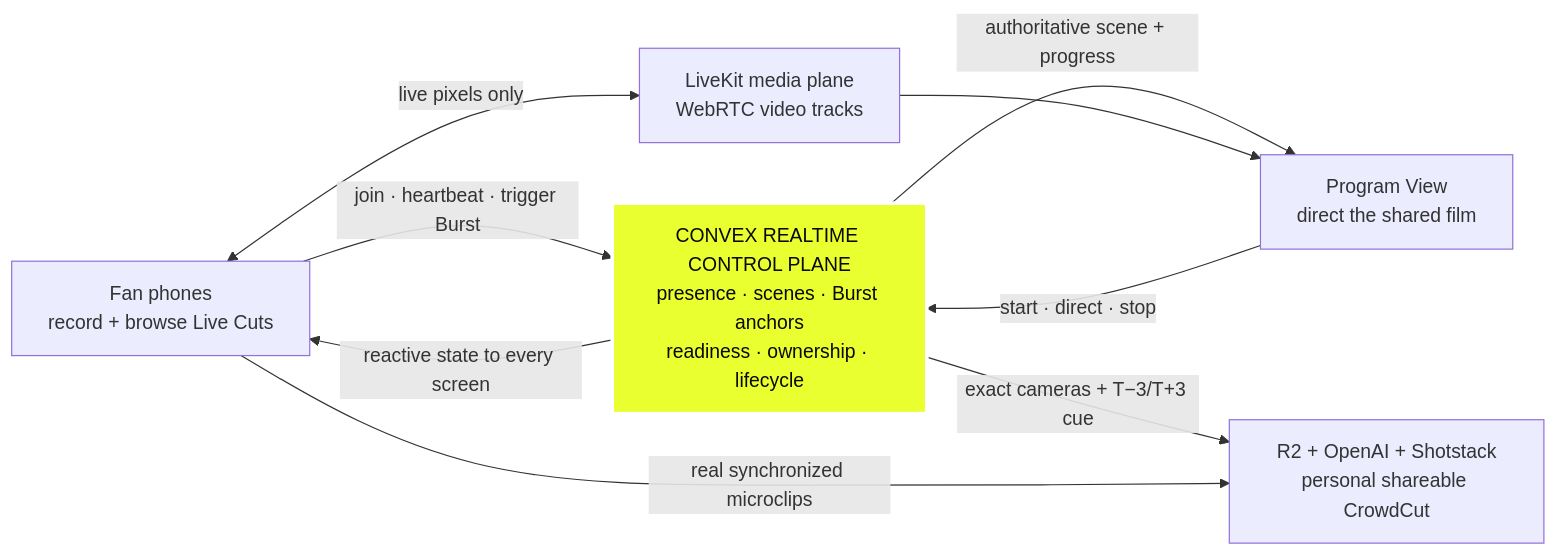
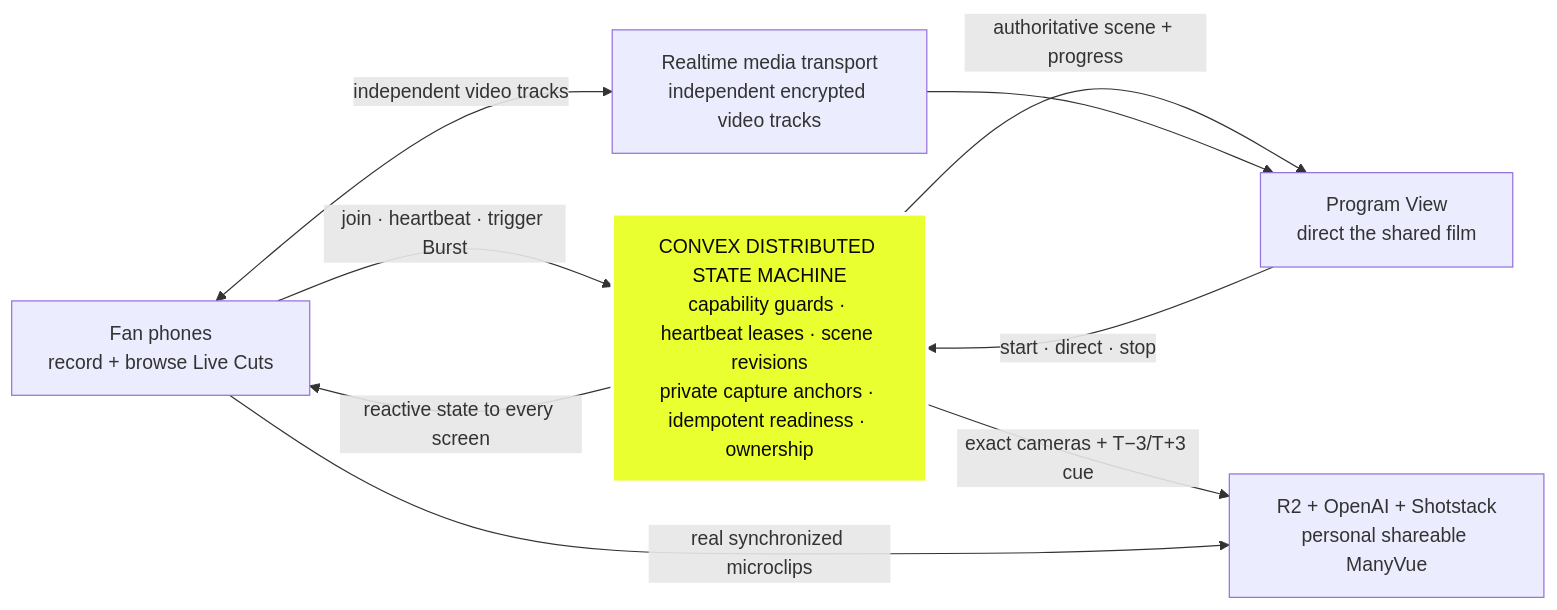
One commit to ElijahUmana/ManyVue changed the first of 3 diagrams in README.md. Above: the diagram before and after it, drawn with Mermaid. The commit also changed other lines of this file and 28 other files, not shown here.

Commit message:
Rebrand CrowdCut as ManyVue

````diff
--- a/README.md
+++ b/README.md
@@ -97,19 +97,19 @@
 ```mermaid
 flowchart LR
   Phones["Fan phones<br/>record + browse Live Cuts"]
   Program["Program View<br/>direct the shared film"]
-  Convex["CONVEX REALTIME CONTROL PLANE<br/>presence · scenes · Burst anchors<br/>readiness · ownership · lifecycle"]
-  LiveKit["LiveKit media plane<br/>WebRTC video tracks"]
-  Artifact["R2 + OpenAI + Shotstack<br/>personal shareable CrowdCut"]
+  Convex["CONVEX DISTRIBUTED STATE MACHINE<br/>capability guards · heartbeat leases · scene revisions<br/>private capture anchors · idempotent readiness · ownership"]
+  Media["Realtime media transport<br/>independent encrypted video tracks"]
+  Artifact["R2 + OpenAI + Shotstack<br/>personal shareable ManyVue"]
 
   Phones -->|"join · heartbeat · trigger Burst"| Convex
   Program -->|"start · direct · stop"| Convex
   Convex -->|"reactive state to every screen"| Phones
   Convex -->|"authoritative scene + progress"| Program
-  Phones <-->|"live pixels only"| LiveKit
-  LiveKit --> Program
+  Phones <-->|"independent video tracks"| Media
+  Media --> Program
   Convex -->|"exact cameras + T−3/T+3 cue"| Artifact
   Phones -->|"real synchronized microclips"| Artifact
 
   style Convex fill:#eaff2f,color:#090909,stroke:#ffffff,stroke-width:3px
 ```
````
